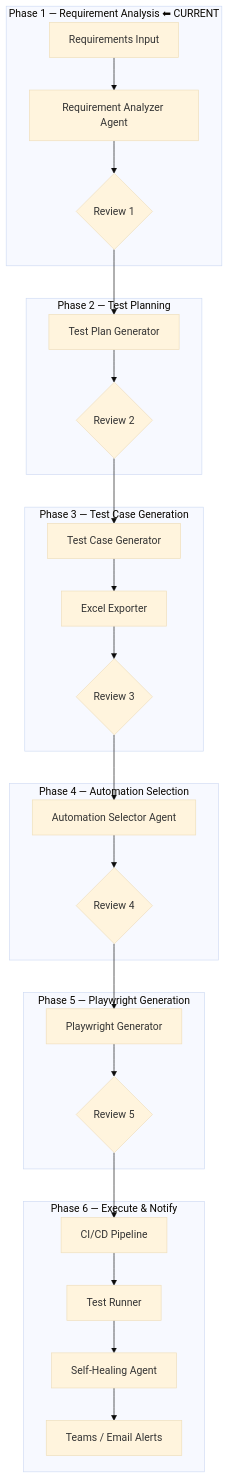
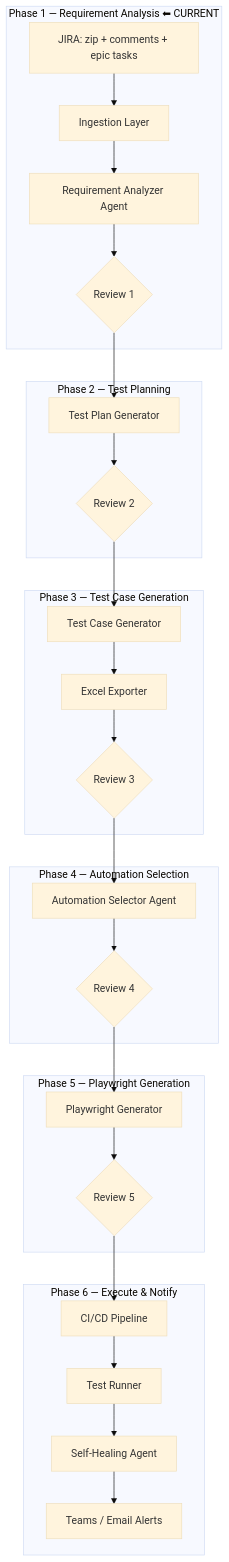
One commit to parag-ithape/ai-qa-automation-framework changed the first of 2 diagrams in docs/AI_QA_AGENT_PLAN.md. Above: the diagram before and after it, drawn with Mermaid (base theme). The commit also changed other lines of this file and 13 other files, not shown here.

````diff
--- a/docs/AI_QA_AGENT_PLAN.md
+++ b/docs/AI_QA_AGENT_PLAN.md
@@ -36,35 +36,36 @@
 ```mermaid
 flowchart TB
     subgraph Phase1["Phase 1 — Requirement Analysis ⬅ CURRENT"]
-        R[Requirements Input] --> A1[Requirement Analyzer Agent]
+        R[JIRA: zip + comments + epic tasks] --> ING[Ingestion Layer]
+        ING --> A1[Requirement Analyzer Agent]
         A1 --> CP1{Review 1}
     end
 
     subgraph Phase2["Phase 2 — Test Planning"]
         CP1 --> A2[Test Plan Generator]
         A2 --> CP2{Review 2}
     end
 
     subgraph Phase3["Phase 3 — Test Case Generation"]
         CP2 --> A3[Test Case Generator]
         A3 --> A3b[Excel Exporter]
         A3b --> CP3{Review 3}
     end
 
     subgraph Phase4["Phase 4 — Automation Selection"]
         CP3 --> A4[Automation Selector Agent]
         A4 --> CP4{Review 4}
     end
 
     subgraph Phase5["Phase 5 — Playwright Generation"]
         CP4 --> A5[Playwright Generator]
         A5 --> CP5{Review 5}
     end
 
     subgraph Phase6["Phase 6 — Execute & Notify"]
         CP5 --> A6[CI/CD Pipeline]
         A6 --> A7[Test Runner]
         A7 --> A8[Self-Healing Agent]
         A8 --> A9[Teams / Email Alerts]
     end
 ```
````
